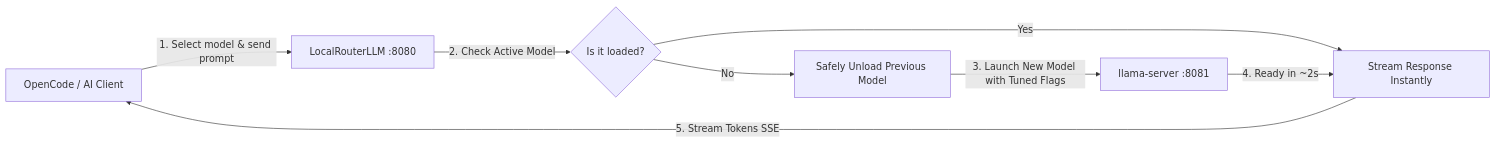
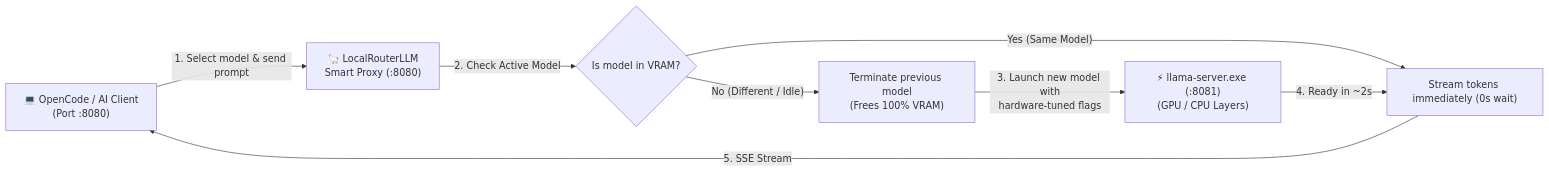
The diagram in README.md (wTHE-HUNTERw/LocalRouterLLM), drawn with Mermaid before and after one commit. The commit also changed other lines of this file and 8 other files, not shown here.

````diff
--- a/README.md
+++ b/README.md
@@ -27,10 +44,10 @@
 ```mermaid
 flowchart LR
-    A[OpenCode / AI Client] -->|1. Select model & send prompt| B[LocalRouterLLM :8080]
-    B -->|2. Check Active Model| C{Is it loaded?}
-    C -->|Yes| D[Stream Response Instantly]
-    C -->|No| E[Safely Unload Previous Model]
-    E -->|3. Launch New Model with Tuned Flags| F[llama-server :8081]
-    F -->|4. Ready in ~2s| D
-    D -->|5. Stream Tokens SSE| A
+    A["💻 OpenCode / AI Client\n(Port :8080)"] -->|"1. Select model & send prompt"| B["🦙 LocalRouterLLM\nSmart Proxy (:8080)"]
+    B -->|"2. Check Active Model"| C{"Is model in VRAM?"}
+    C -->|"Yes (Same Model)"| D["Stream tokens immediately (0s wait)"]
+    C -->|"No (Different / Idle)"| E["Terminate previous model\n(Frees 100% VRAM)"]
+    E -->|"3. Launch new model with\nhardware-tuned flags"| F["⚡ llama-server.exe (:8081)\n(GPU / CPU Layers)"]
+    F -->|"4. Ready in ~2s"| D
+    D -->|"5. SSE Stream"| A
 ```
````
